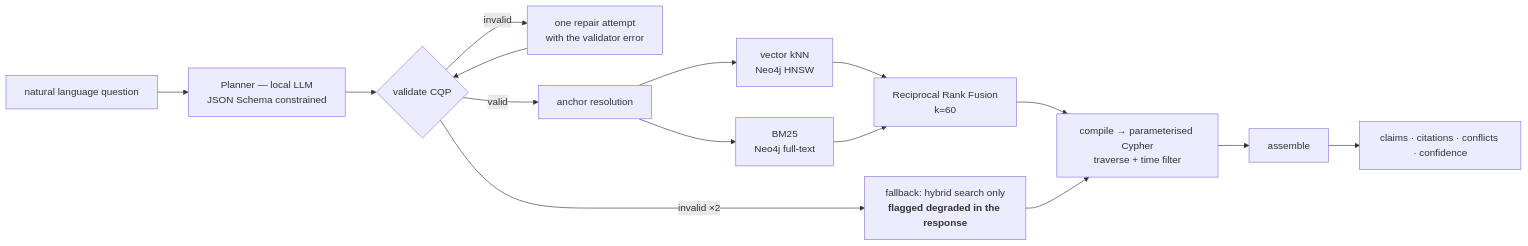
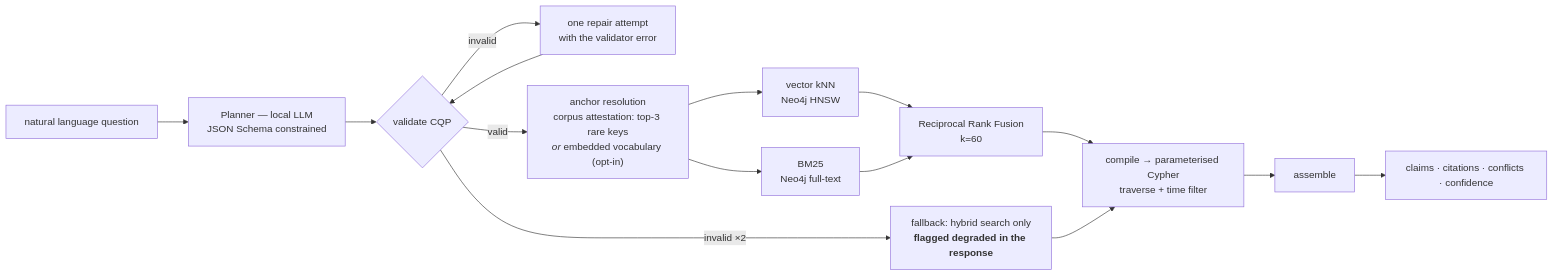
The diagram in docs/06-retrieval.md (Olek-on4/winning-context-app), drawn with Mermaid before and after one commit. The commit also changed other lines of this file and 85 other files, not shown here.

````diff
--- a/docs/06-retrieval.md
+++ b/docs/06-retrieval.md
@@ -92,17 +169,17 @@
 ```mermaid
 flowchart LR
     Q["natural language question"] --> PL["Planner — local LLM<br/>JSON Schema constrained"]
     PL --> V{"validate CQP"}
     V -->|invalid| RP["one repair attempt<br/>with the validator error"]
     RP --> V
     V -->|invalid ×2| FB["fallback: hybrid search only<br/><b>flagged degraded in the response</b>"]
-    V -->|valid| AN["anchor resolution"]
+    V -->|valid| AN["anchor resolution<br/>corpus attestation: top-3 rare keys<br/><i>or</i> embedded vocabulary (opt-in)"]
 
     AN --> H1["vector kNN<br/>Neo4j HNSW"]
     AN --> H2["BM25<br/>Neo4j full-text"]
     H1 & H2 --> RRF["Reciprocal Rank Fusion<br/>k=60"]
     RRF --> TR["compile → parameterised Cypher<br/>traverse + time filter"]
     FB --> TR
     TR --> AS["assemble"]
     AS --> OUT["claims · citations · conflicts · confidence"]
 ```
````
